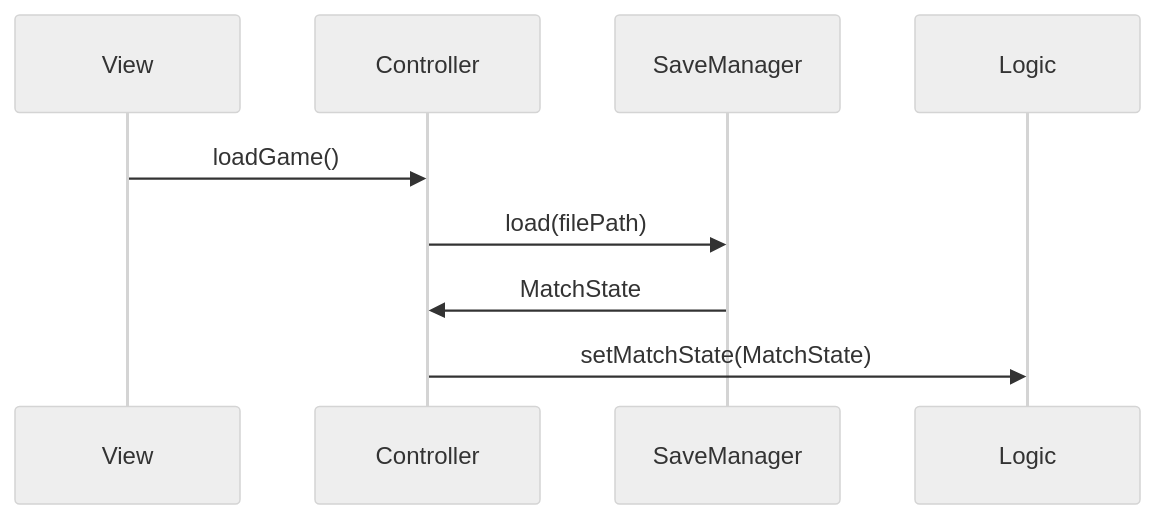
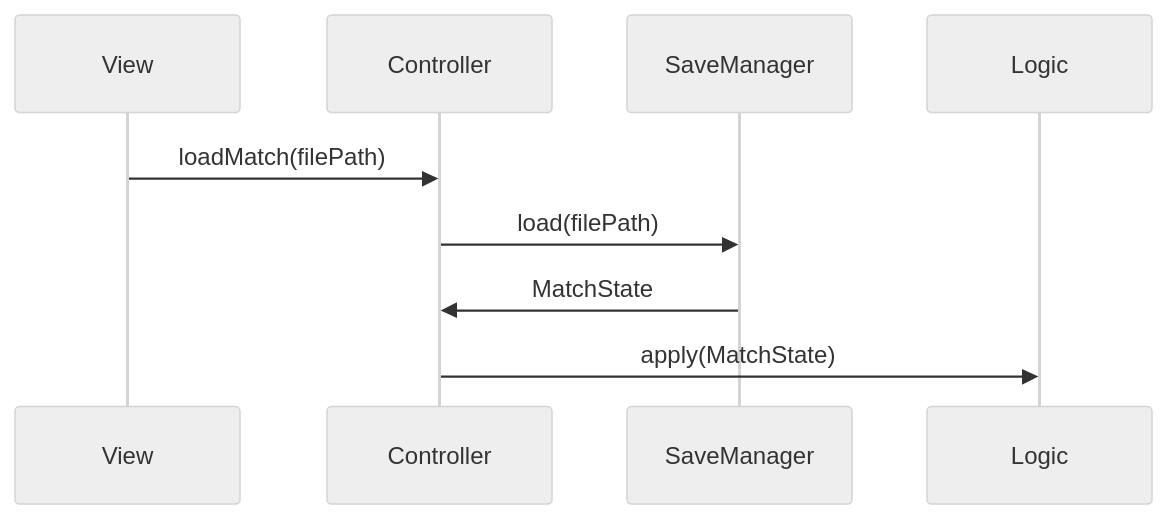
The seventh of 11 diagrams in docs/report/4-detailed-design.md (Borgotto/PPS-25-scalatello), drawn with Mermaid (neutral theme) before and after one commit. The commit also changed other lines of this file, not shown here.

````diff
--- a/docs/report/4-detailed-design.md
+++ b/docs/report/4-detailed-design.md
@@ -176,7 +166,7 @@
 ```mermaid
 sequenceDiagram
-    View->>Controller: loadGame()
+    View->>Controller: loadMatch(filePath)
     Controller->>SaveManager: load(filePath)
     SaveManager->>Controller: MatchState
-    Controller->>Logic: setMatchState(MatchState)
+    Controller->>Logic: apply(MatchState)
 ```
````
